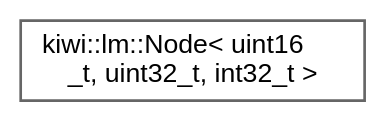
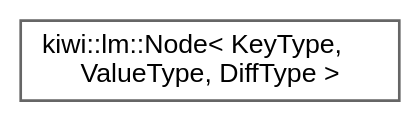
Before and after one commit to bab2min/Kiwi: the diagram in inherit_graph_55.dot, drawn with Graphviz. The commit also changed 121 other files, not shown here.

```diff
--- a/inherit_graph_55.dot
+++ b/inherit_graph_55.dot
@@ -1,9 +1,9 @@
 digraph "Graphical Class Hierarchy"
 {
  // LATEX_PDF_SIZE
   bgcolor="transparent";
   edge [fontname=Helvetica,fontsize=10,labelfontname=Helvetica,labelfontsize=10];
   node [fontname=Helvetica,fontsize=10,shape=box,height=0.2,width=0.4];
   rankdir="LR";
-  Node0 [id="Node000000",label="kiwi::lm::Node\< uint16\l_t, uint32_t, int32_t \>",height=0.2,width=0.4,color="grey40", fillcolor="white", style="filled",URL="$structkiwi_1_1lm_1_1Node_3_01uint16__t_00_01uint32__t_00_01int32__t_01_4.html",tooltip=" "];
+  Node0 [id="Node000000",label="kiwi::lm::Node\< KeyType,\l ValueType, DiffType \>",height=0.2,width=0.4,color="grey40", fillcolor="white", style="filled",URL="$structkiwi_1_1lm_1_1Node.html",tooltip=" "];
 }
```
